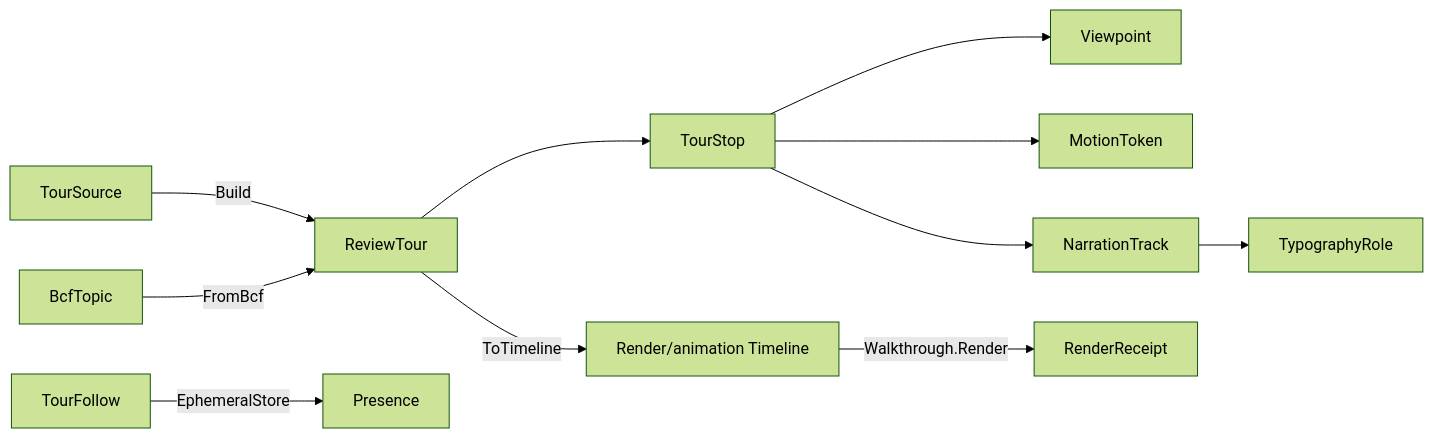
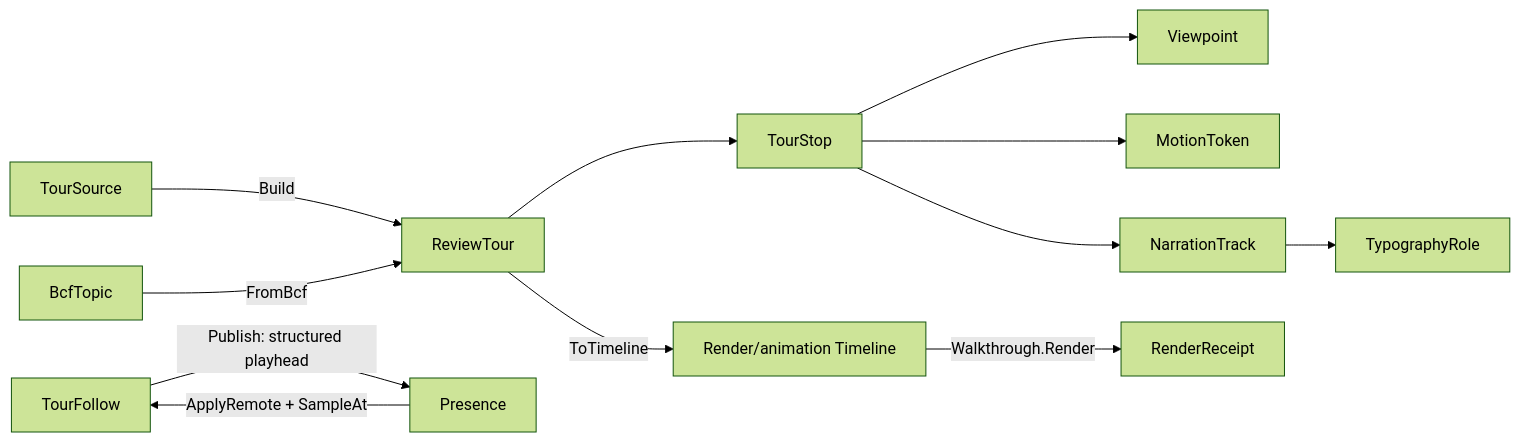
One commit to bsamiee/Rasm changed the diagram in libs/csharp/Rasm.AppUi/.planning/Collab/tour.md. Above: the diagram before and after it, drawn with Mermaid (forest theme). The commit also changed other lines of this file and 43 other files, not shown here.

````diff
--- a/libs/csharp/Rasm.AppUi/.planning/Collab/tour.md
+++ b/libs/csharp/Rasm.AppUi/.planning/Collab/tour.md
@@ -200,13 +232,14 @@
 ```mermaid
 flowchart LR
     TourSource -->|Build| ReviewTour
     BcfTopic -->|FromBcf| ReviewTour
     ReviewTour --> TourStop
     TourStop --> Viewpoint
     TourStop --> MotionToken
     TourStop --> NarrationTrack
     NarrationTrack --> TypographyRole
     ReviewTour -->|ToTimeline| Timeline["Render/animation Timeline"]
     Timeline -->|Walkthrough.Render| RenderReceipt
-    TourFollow -->|EphemeralStore| Presence
+    TourFollow -->|Publish: structured playhead| Presence
+    Presence -->|ApplyRemote + SampleAt| TourFollow
 ```
````
